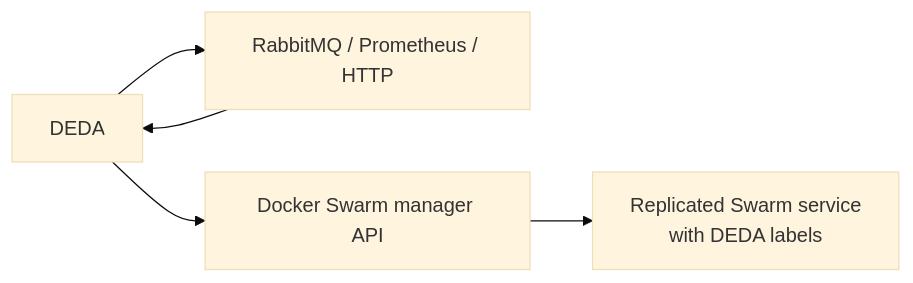
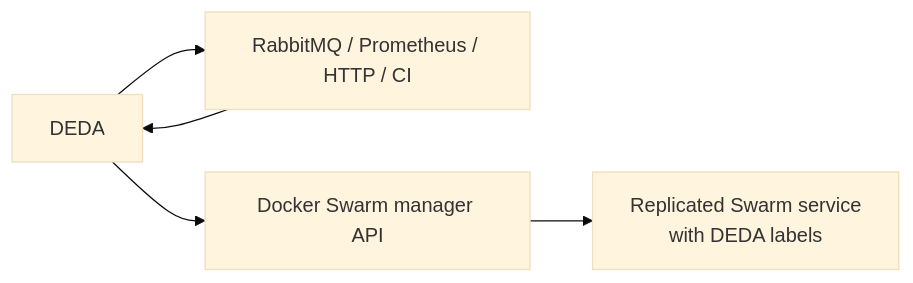
One commit to mikara89/deda changed the diagram in README.md. Above: the diagram before and after it, drawn with Mermaid (base theme). The commit also changed other lines of this file and 22 other files, not shown here.

````diff
--- a/README.md
+++ b/README.md
@@ -28,12 +28,12 @@
 ```mermaid
 flowchart LR
     Service[Replicated Swarm service<br/>with DEDA labels]
     DEDA[DEDA]
-    Sources[ RabbitMQ / Prometheus / HTTP ]
+    Sources[ RabbitMQ / Prometheus / HTTP / CI ]
     Docker[Docker Swarm manager API]
 
     DEDA --> Sources
     Sources --> DEDA
     DEDA --> Docker
     Docker --> Service
 ```
````
